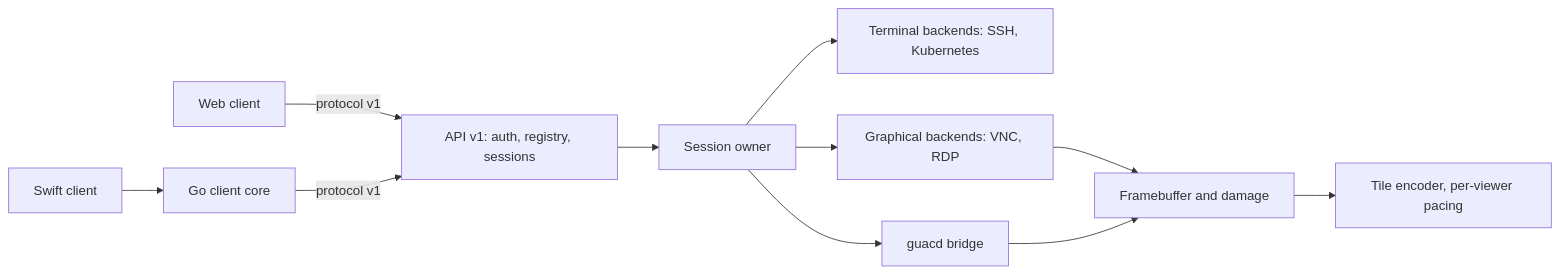
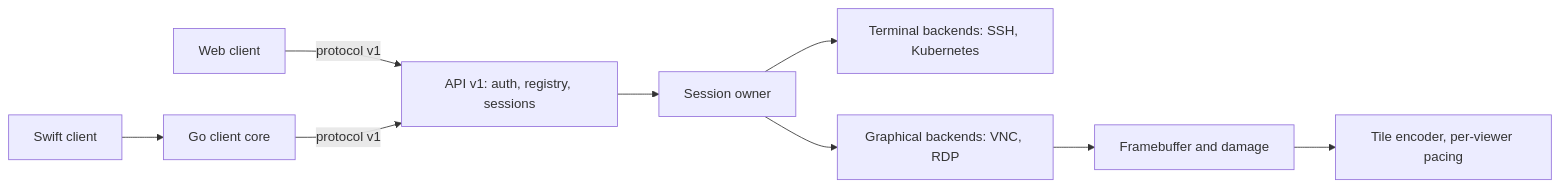
Before and after one commit to changkun/occamy: the first of 2 diagrams in specs/008-native-architecture.md, drawn with Mermaid. The commit also changed other lines of this file and 7 other files, not shown here.

````diff
--- a/specs/008-native-architecture.md
+++ b/specs/008-native-architecture.md
@@ -263,12 +269,10 @@
 ```mermaid
 flowchart LR
   W[Web client] -- protocol v1 --> GW
   SW[Swift client] --> CC[Go client core] -- protocol v1 --> GW
   GW[API v1: auth, registry, sessions] --> SE[Session owner]
   SE --> TB[Terminal backends: SSH, Kubernetes]
   SE --> GB[Graphical backends: VNC, RDP]
-  SE --> BR[guacd bridge]
   GB --> FB[Framebuffer and damage]
-  BR --> FB
   FB --> EN[Tile encoder, per-viewer pacing]
 ```
````
